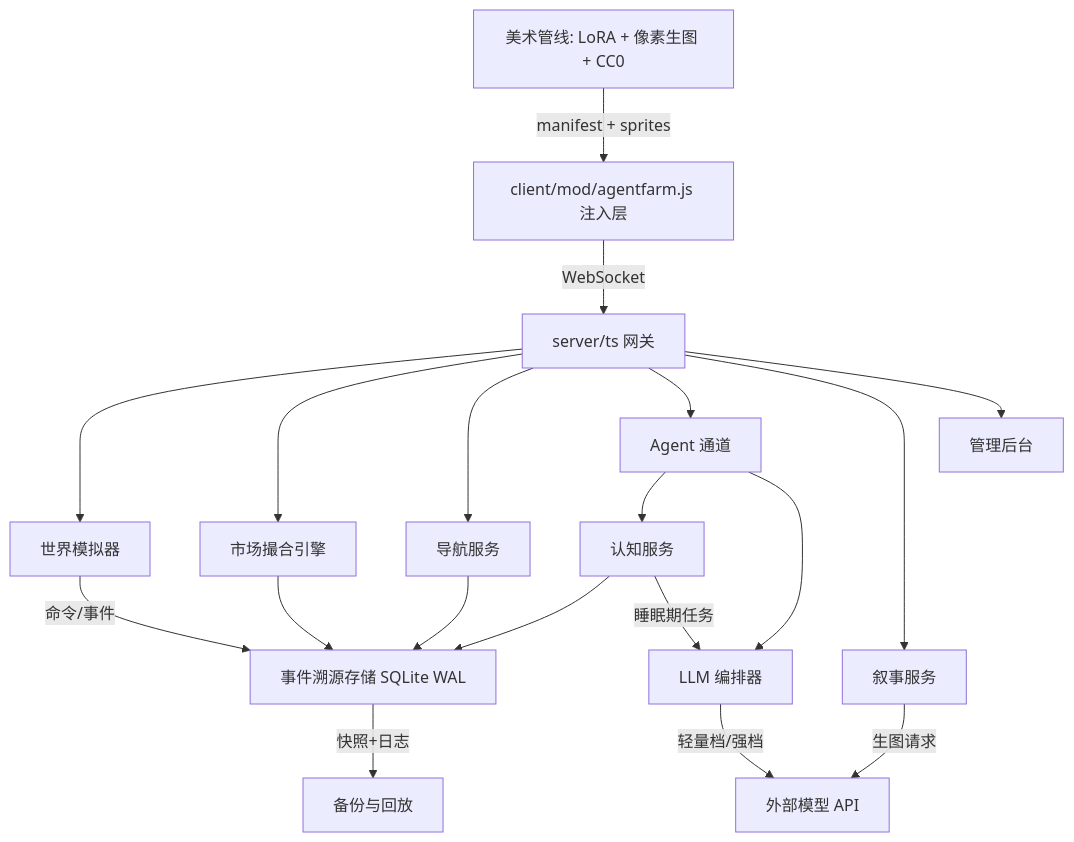
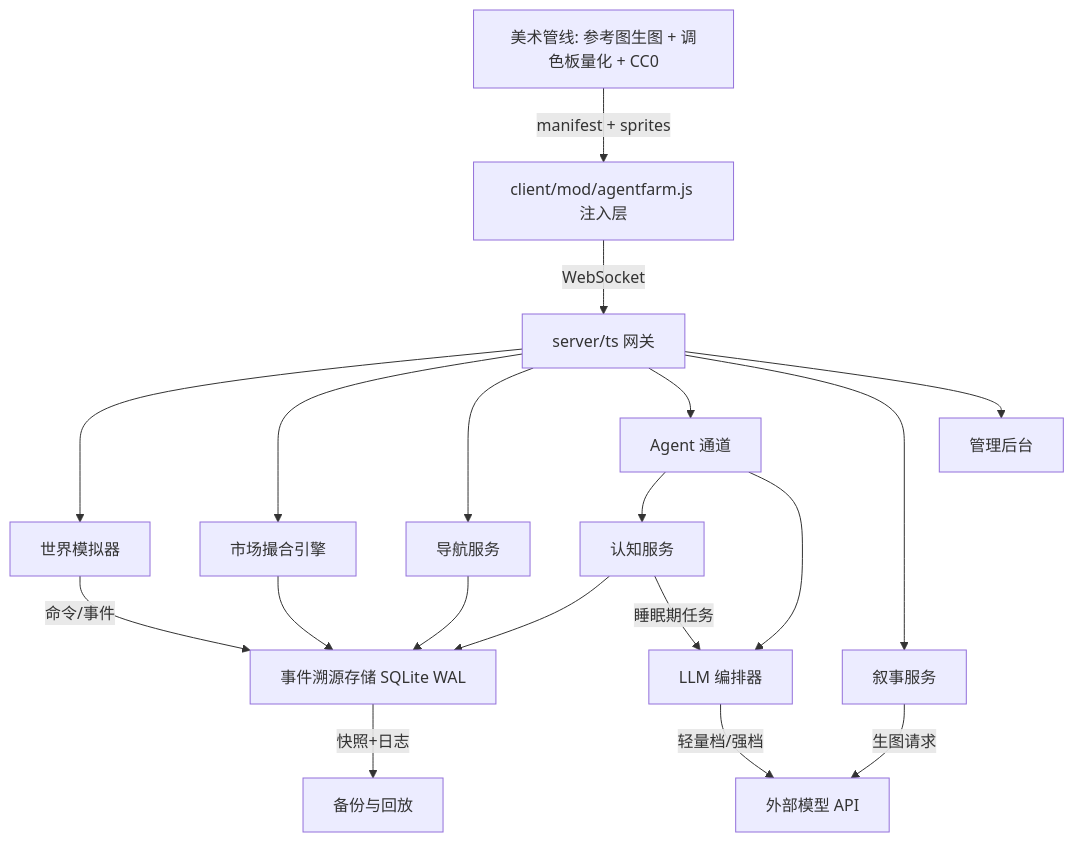
One commit to renquanpake/AgentFarm2-village-rhapsody changed the diagram in .monkeycode/specs/agentfarm2-playability-upgrade/design.md. Above: the diagram before and after it, drawn with Mermaid. The commit also changed other lines of this file and 1 other file, not shown here.

````diff
--- a/.monkeycode/specs/agentfarm2-playability-upgrade/design.md
+++ b/.monkeycode/specs/agentfarm2-playability-upgrade/design.md
@@ -14,21 +14,21 @@
 ```mermaid
 graph TD
     A["client/mod/agentfarm.js 注入层"] -->|"WebSocket"| B["server/ts 网关"]
     B --> C["世界模拟器"]
     B --> D["市场撮合引擎"]
     B --> E["导航服务"]
     B --> F["Agent 通道"]
     B --> G["叙事服务"]
     B --> H["管理后台"]
     C -->|"命令/事件"| I["事件溯源存储 SQLite WAL"]
     D --> I
     E --> I
     F --> J["认知服务"]
     F --> K["LLM 编排器"]
     J --> I
     K -->|"轻量档/强档"| L["外部模型 API"]
     J -->|"睡眠期任务"| K
     G -->|"生图请求"| L
-    M["美术管线: LoRA + 像素生图 + CC0"] -->|"manifest + sprites"| A
+    M["美术管线: 参考图生图 + 调色板量化 + CC0"] -->|"manifest + sprites"| A
     I -->|"快照+日志"| N["备份与回放"]
 ```
````
